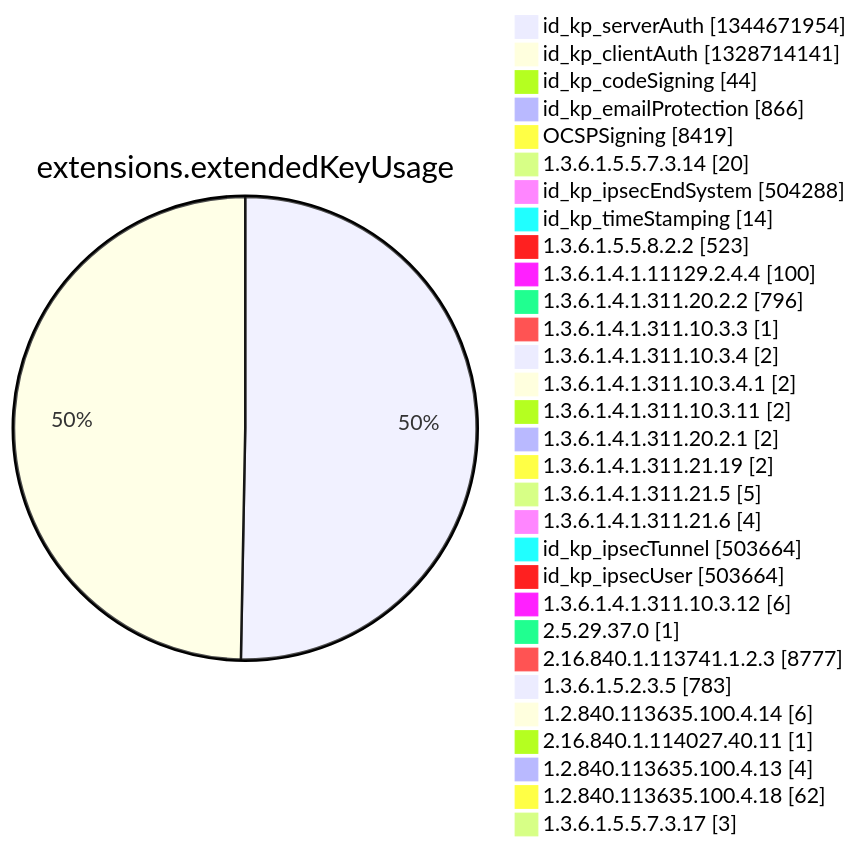
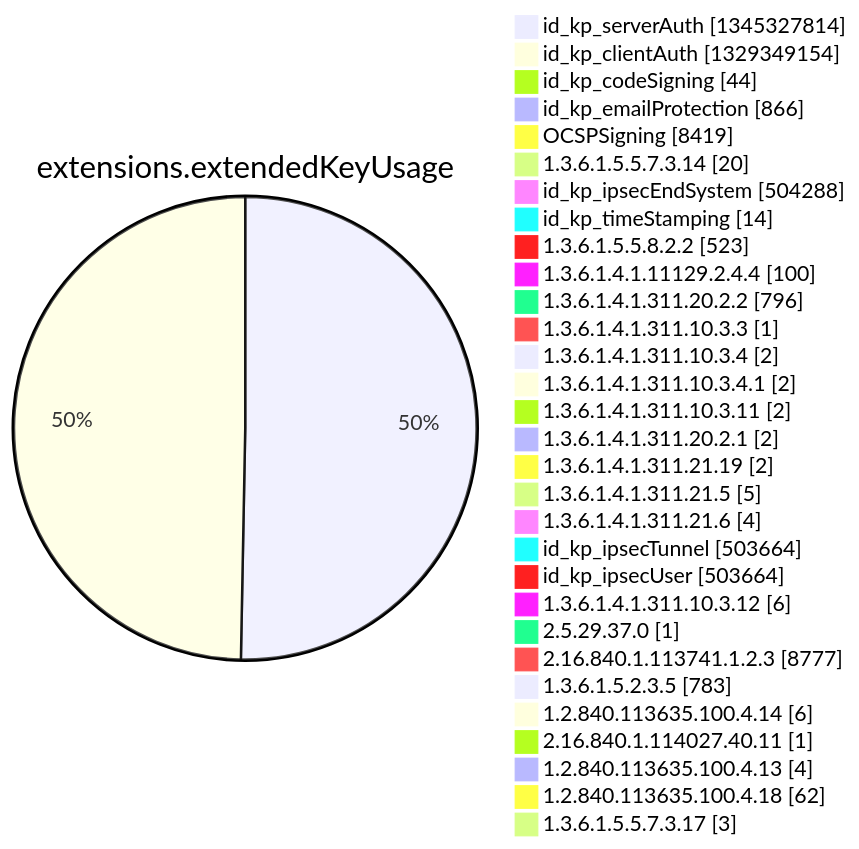
Before and after one commit to christiankrug/ctmonitor_visualization: diagram 12 of 15 in argon2022/README.md, drawn with Mermaid. The commit also changed other lines of this file, not shown here.

````diff
--- a/argon2022/README.md
+++ b/argon2022/README.md
@@ -3553,34 +3553,34 @@
 ```mermaid
 pie showData
 title extensions.extendedKeyUsage
-"id_kp_serverAuth" :1344671954
-"id_kp_clientAuth" :1328714141
+"id_kp_serverAuth" :1345327814
+"id_kp_clientAuth" :1329349154
 "id_kp_codeSigning" :44
 "id_kp_emailProtection" :866
 "OCSPSigning" :8419
 "1.3.6.1.5.5.7.3.14" :20
 "id_kp_ipsecEndSystem" :504288
 "id_kp_timeStamping" :14
 "1.3.6.1.5.5.8.2.2" :523
 "1.3.6.1.4.1.11129.2.4.4" :100
 "1.3.6.1.4.1.311.20.2.2" :796
 "1.3.6.1.4.1.311.10.3.3" :1
 "1.3.6.1.4.1.311.10.3.4" :2
 "1.3.6.1.4.1.311.10.3.4.1" :2
 "1.3.6.1.4.1.311.10.3.11" :2
 "1.3.6.1.4.1.311.20.2.1" :2
 "1.3.6.1.4.1.311.21.19" :2
 "1.3.6.1.4.1.311.21.5" :5
 "1.3.6.1.4.1.311.21.6" :4
 "id_kp_ipsecTunnel" :503664
 "id_kp_ipsecUser" :503664
 "1.3.6.1.4.1.311.10.3.12" :6
 "2.5.29.37.0" :1
 "2.16.840.1.113741.1.2.3" :8777
 "1.3.6.1.5.2.3.5" :783
 "1.2.840.113635.100.4.14" :6
 "2.16.840.1.114027.40.11" :1
 "1.2.840.113635.100.4.13" :4
 "1.2.840.113635.100.4.18" :62
 "1.3.6.1.5.5.7.3.17" :3
 ```
````
